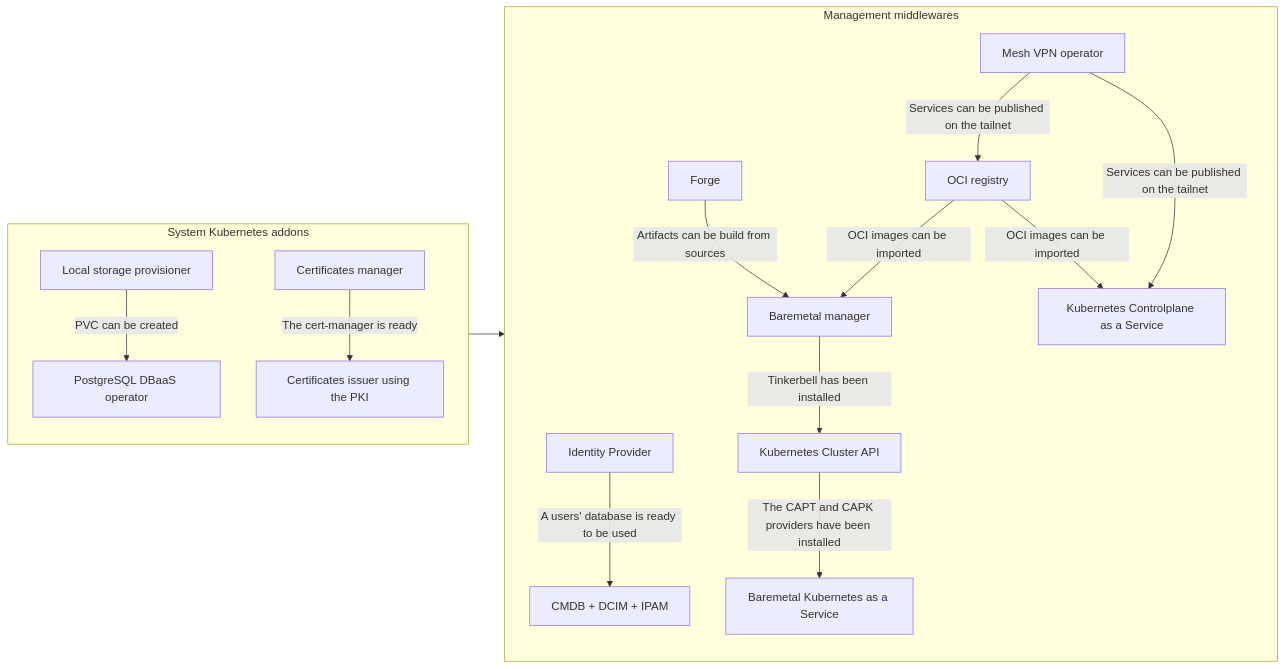
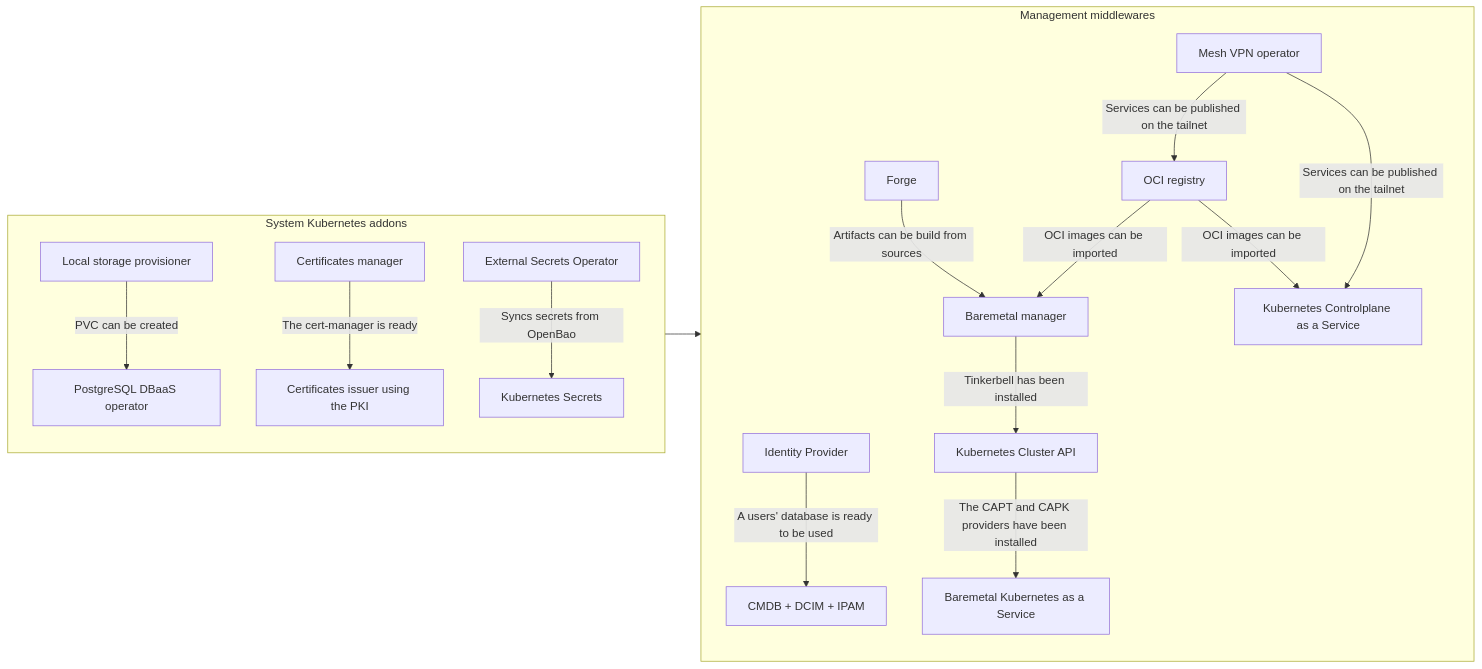
Before and after one commit to mgrzybek/micro-cloud: the fifth of 5 diagrams in ring0/README.md, drawn with Mermaid. The commit also changed other lines of this file and 5 other files, not shown here.

Commit message:
feat(ring0): add External Secrets Operator with OpenBao AppRole

````diff
--- a/ring0/README.md
+++ b/ring0/README.md
@@ -120,18 +120,19 @@
 ```mermaid
 flowchart LR
     subgraph system["System Kubernetes addons"]
         storage["Local storage provisioner"] -- PVC can be created        --> cnpg["PostgreSQL DBaaS operator"]
         cert-manager["Certificates manager"] -- The cert-manager is ready --> cert-issuer["Certificates issuer using the PKI"]
+        eso["External Secrets Operator"] -- Syncs secrets from OpenBao --> k8s-secrets["Kubernetes Secrets"]
     end
 
     subgraph middlewares["Management middlewares"]
         authentik["Identity Provider"] -- A users' database is ready to be used --> netbox["CMDB + DCIM + IPAM"]
         forge["Forge"] -- Artifacts can be build from sources --> tinkerbell
         zot["OCI registry"] -- OCI images can be imported --> kamaji["Kubernetes Controlplane as a Service"]
         zot -- OCI images can be imported --> tinkerbell["Baremetal manager"] -- Tinkerbell has been installed --> clusterapi["Kubernetes Cluster API"] -- The CAPT and CAPK providers have been installed --> kaas["Baremetal Kubernetes as a Service"]
         tailscale["Mesh VPN operator"] -- Services can be published on the tailnet --> zot
         tailscale["Mesh VPN operator"] -- Services can be published on the tailnet -->  kamaji
     end
 
     system --> middlewares
 ```
````
